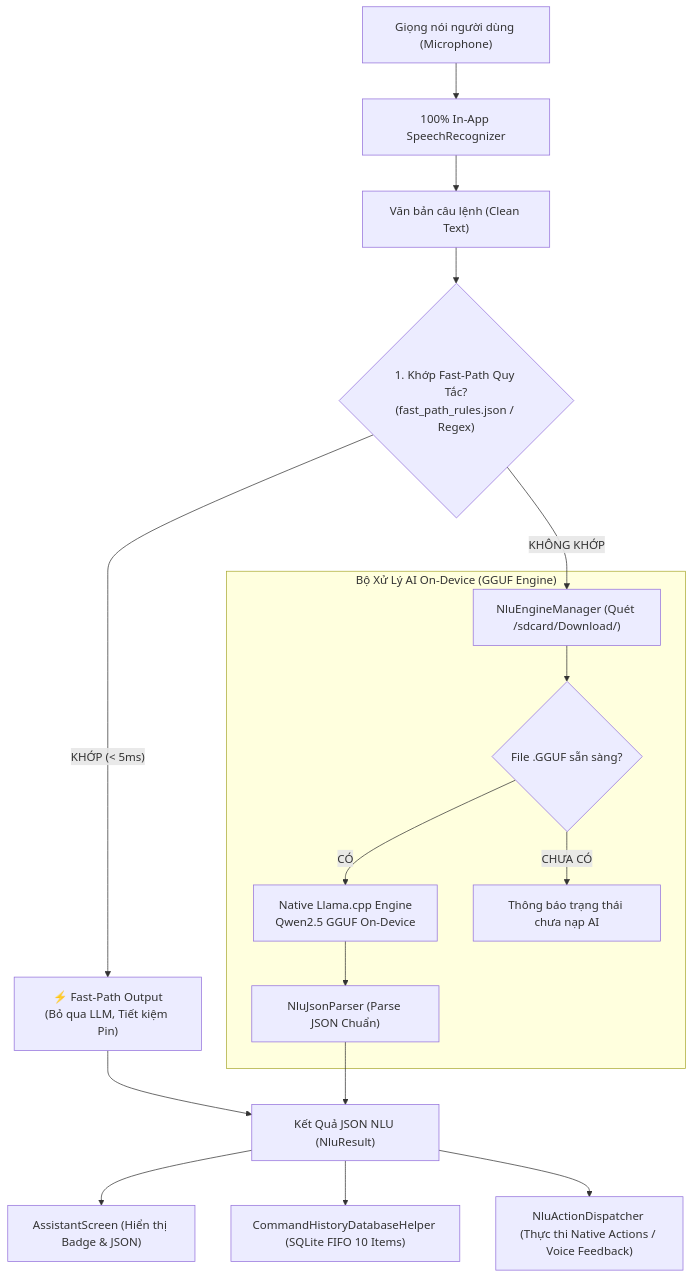
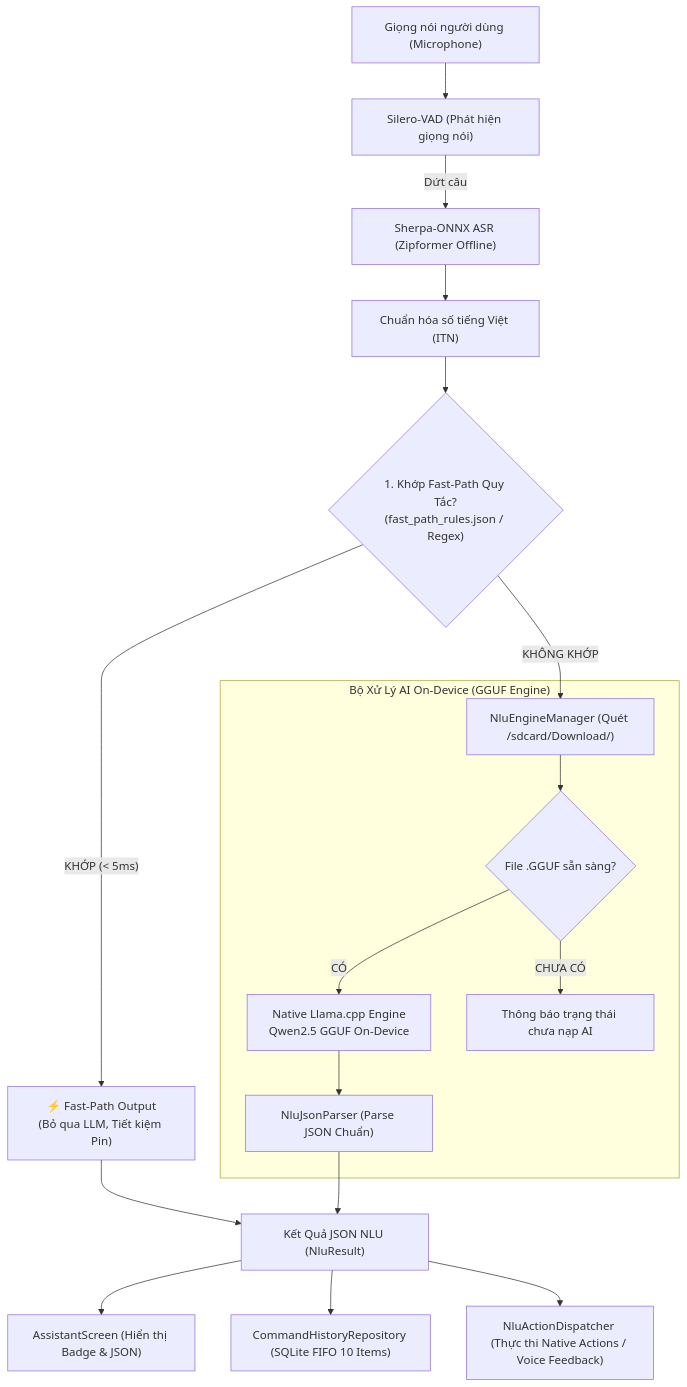
The diagram in README.md (tuanhdevvn/ViDroidCall-Studio), drawn with Mermaid before and after one commit. The commit also changed other lines of this file, not shown here.

Commit message:
docs: cập nhật toàn diện README với tính năng Sherpa-ONNX, hộp thoại 4 giai đoạn và hệ thống cấp quyền

````diff
--- a/README.md
+++ b/README.md
@@ -74,28 +80,29 @@
 ```mermaid
 flowchart TD
-    A["Giọng nói người dùng (Microphone)"] --> B["100% In-App SpeechRecognizer"]
-    B --> C["Văn bản câu lệnh (Clean Text)"]
-    C --> D{"1. Khớp Fast-Path Quy Tắc?<br/>(fast_path_rules.json / Regex)"}
+    A["Giọng nói người dùng (Microphone)"] --> B["Silero-VAD (Phát hiện giọng nói)"]
+    B -->|"Dứt câu"| C["Sherpa-ONNX ASR (Zipformer Offline)"]
+    C --> D["Chuẩn hóa số tiếng Việt (ITN)"]
+    D --> E{"1. Khớp Fast-Path Quy Tắc?<br/>(fast_path_rules.json / Regex)"}
     
     %% Nhánh 1: Fast-Path Match (< 5ms)
-    D -- "KHỚP (< 5ms)" --> E["⚡ Fast-Path Output<br/>(Bỏ qua LLM, Tiết kiệm Pin)"]
+    E -- "KHỚP (< 5ms)" --> F["⚡ Fast-Path Output<br/>(Bỏ qua LLM, Tiết kiệm Pin)"]
     
     %% Nhánh 2: On-Device AI LLM Inference
-    D -- "KHÔNG KHỚP" --> F["NluEngineManager (Quét /sdcard/Download/)"]
+    E -- "KHÔNG KHỚP" --> G["NluEngineManager (Quét /sdcard/Download/)"]
     
     subgraph AI_Engine ["Bộ Xử Lý AI On-Device (GGUF Engine)"]
-        F --> G{"File .GGUF sẵn sàng?"}
-        G -- "CÓ" --> H["Native Llama.cpp Engine<br/>Qwen2.5 GGUF On-Device"]
-        H --> I["NluJsonParser (Parse JSON Chuẩn)"]
-        G -- "CHƯA CÓ" --> J["Thông báo trạng thái chưa nạp AI"]
+        G --> H{"File .GGUF sẵn sàng?"}
+        H -- "CÓ" --> I["Native Llama.cpp Engine<br/>Qwen2.5 GGUF On-Device"]
+        I --> J["NluJsonParser (Parse JSON Chuẩn)"]
+        H -- "CHƯA CÓ" --> K["Thông báo trạng thái chưa nạp AI"]
     end
     
     %% Hợp nhất kết quả vào NluResult chung
-    E --> K["Kết Quả JSON NLU (NluResult)"]
-    I --> K
+    F --> L["Kết Quả JSON NLU (NluResult)"]
+    J --> L
     
     %% Phân phối kết quả đến các module
-    K --> L["AssistantScreen (Hiển thị Badge & JSON)"]
-    K --> M["CommandHistoryDatabaseHelper (SQLite FIFO 10 Items)"]
-    K --> N["NluActionDispatcher (Thực thi Native Actions / Voice Feedback)"]
+    L --> M["AssistantScreen (Hiển thị Badge & JSON)"]
+    L --> N["CommandHistoryRepository (SQLite FIFO 10 Items)"]
+    L --> O["NluActionDispatcher (Thực thi Native Actions / Voice Feedback)"]
 ```
````
